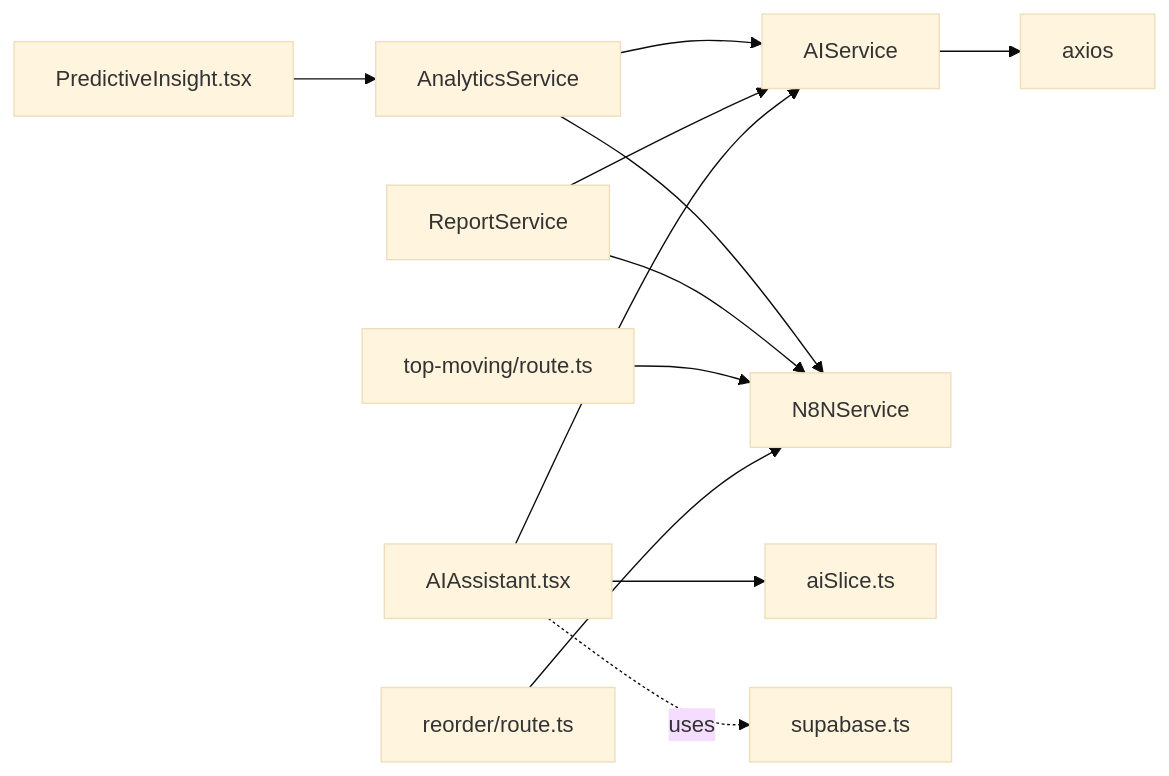
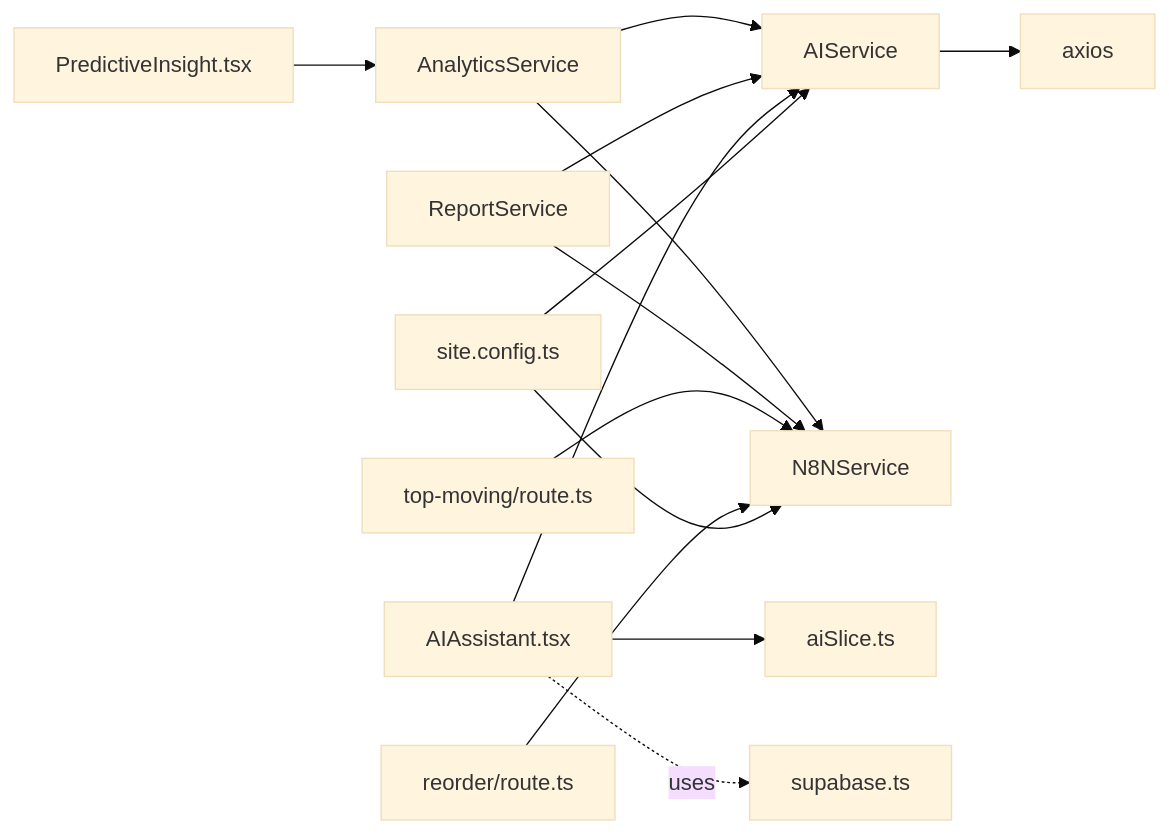
One commit to cacamarica/dashboard-ai changed the ninth of 9 diagrams in .qoder/repowiki/en/content/Services Layer/Services Layer.md. Above: the diagram before and after it, drawn with Mermaid (base theme). The commit also changed other lines of this file and 14 other files, not shown here.

````diff
--- a/.qoder/repowiki/en/content/Services Layer/Services Layer.md
+++ b/.qoder/repowiki/en/content/Services Layer/Services Layer.md
@@ -346,14 +392,16 @@
 ```mermaid
 graph LR
 AIS["AIService"] --> AX["axios"]
 ANS["AnalyticsService"] --> AIS
 ANS --> NS["N8NService"]
 RS["ReportService"] --> AIS
 RS --> NS
 AIA["AIAssistant.tsx"] --> AIS
 AIA --> AS["aiSlice.ts"]
 PI["PredictiveInsight.tsx"] --> ANS
 TM["top-moving/route.ts"] --> NS
 RA["reorder/route.ts"] --> NS
 AIA -. uses .-> SB["supabase.ts"]
+SC["site.config.ts"] --> NS
+SC --> AIS
 ```
````
